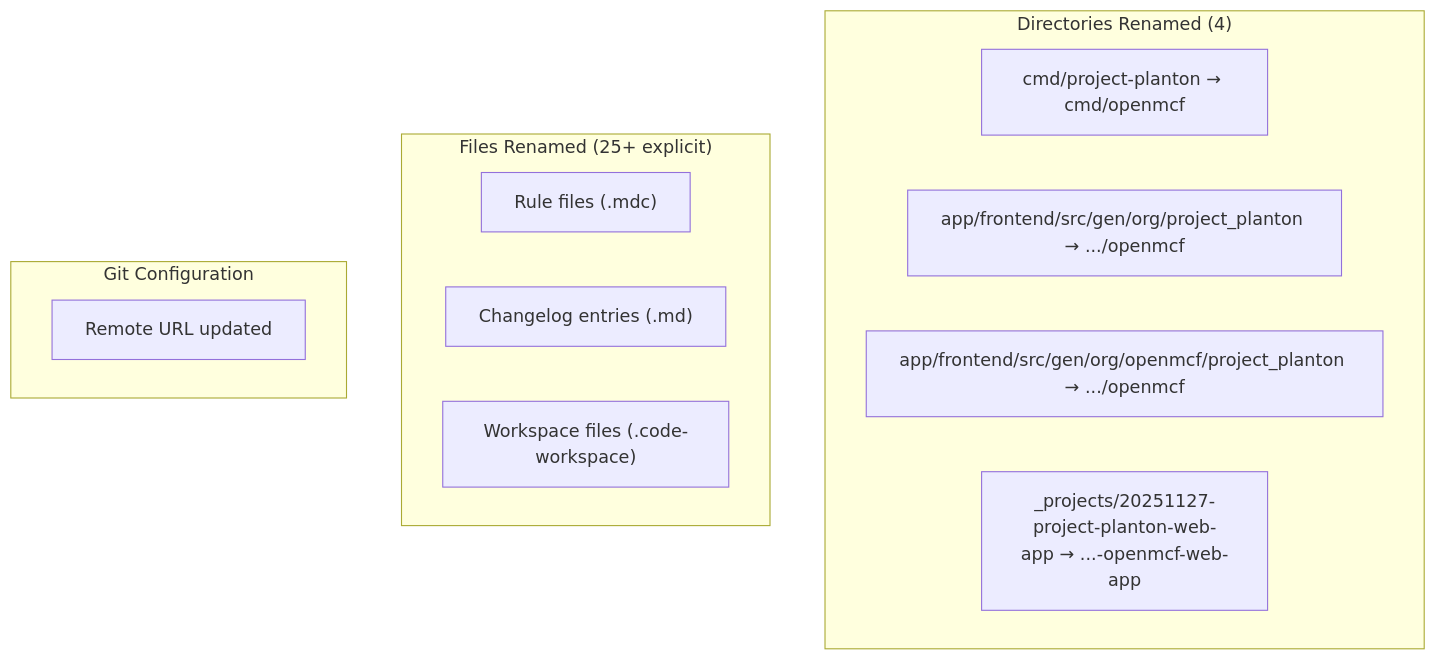
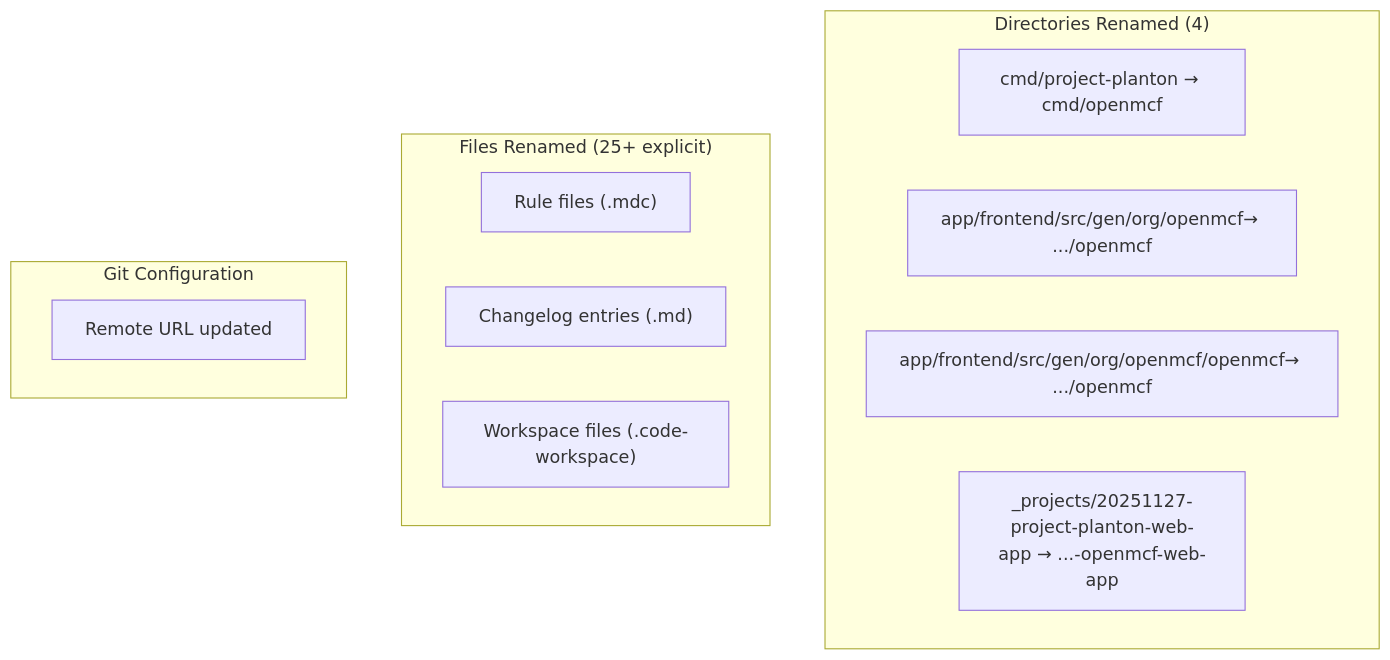
One commit to plantonhq/openmcf changed the diagram in _changelog/2026-01/2026-01-28-093934-rename-project-to-openmcf.md. Above: the diagram before and after it, drawn with Mermaid. The commit also changed other lines of this file and 31 other files, not shown here.

````diff
--- a/_changelog/2026-01/2026-01-28-093934-rename-project-to-openmcf.md
+++ b/_changelog/2026-01/2026-01-28-093934-rename-project-to-openmcf.md
@@ -40,19 +40,19 @@
 ```mermaid
 flowchart TB
     subgraph Directories["Directories Renamed (4)"]
         D1["cmd/project-planton → cmd/openmcf"]
-        D2["app/frontend/src/gen/org/project_planton → .../openmcf"]
-        D3["app/frontend/src/gen/org/openmcf/project_planton → .../openmcf"]
+        D2["app/frontend/src/gen/org/openmcf→ .../openmcf"]
+        D3["app/frontend/src/gen/org/openmcf/openmcf→ .../openmcf"]
         D4["_projects/20251127-project-planton-web-app → ...-openmcf-web-app"]
     end
     
     subgraph Files["Files Renamed (25+ explicit)"]
         F1["Rule files (.mdc)"]
         F2["Changelog entries (.md)"]
         F3["Workspace files (.code-workspace)"]
     end
     
     subgraph Git["Git Configuration"]
         G1["Remote URL updated"]
     end
 ```
````
